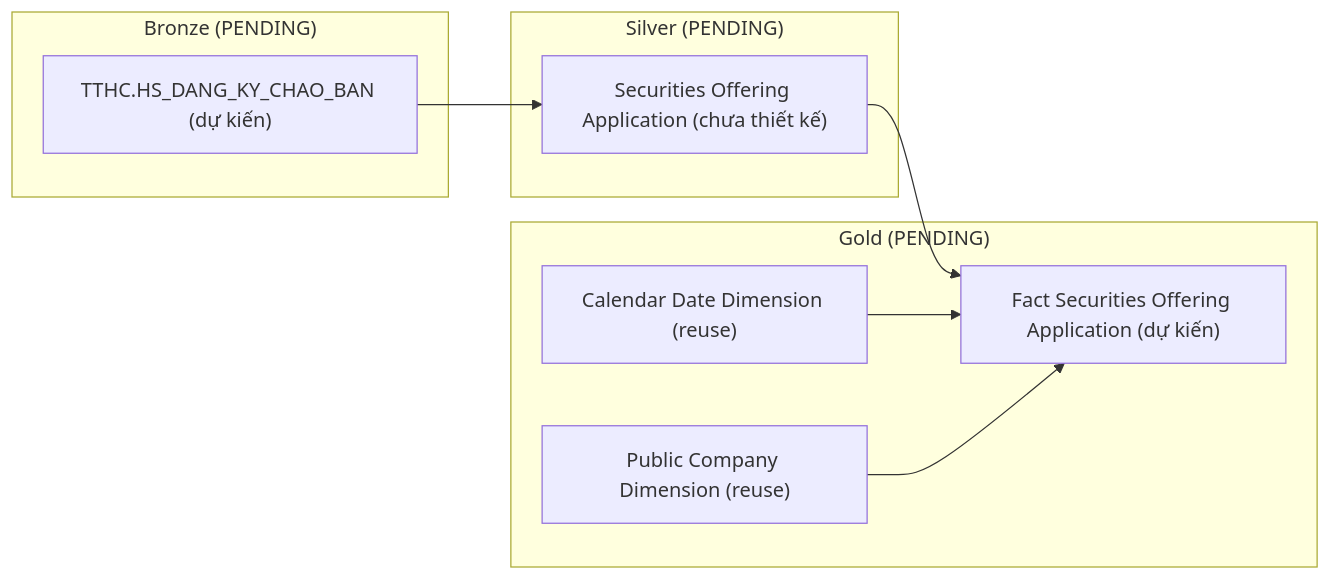
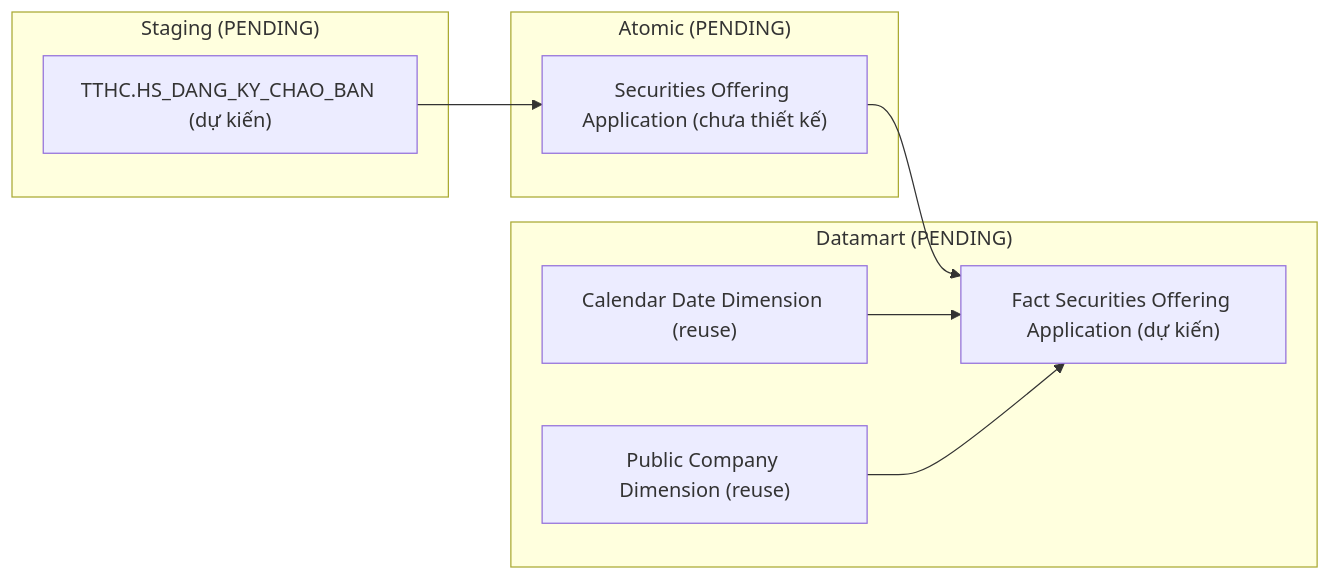
One commit to linhlvit/ubck_atomic_design changed the third of 14 diagrams in Gold/hld/GOLD_QLCB_HLD.md. Above: the diagram before and after it, drawn with Mermaid. The commit also changed other lines of this file and 8 other files, not shown here.

````diff
--- a/Gold/hld/GOLD_QLCB_HLD.md
+++ b/Gold/hld/GOLD_QLCB_HLD.md
@@ -91,22 +91,22 @@
 ```mermaid
 flowchart LR
-    subgraph SRC_TTHC["Bronze (PENDING)"]
+    subgraph SRC_TTHC["Staging (PENDING)"]
         S1["TTHC.HS_DANG_KY_CHAO_BAN (dự kiến)"]
     end
 
-    subgraph SIL["Silver (PENDING)"]
+    subgraph SIL["Atomic (PENDING)"]
         SV1["Securities Offering Application (chưa thiết kế)"]
     end
 
-    subgraph GOLD["Gold (PENDING)"]
+    subgraph GOLD["Datamart (PENDING)"]
         G1["Fact Securities Offering Application (dự kiến)"]
         G2["Calendar Date Dimension (reuse)"]
         G3["Public Company Dimension (reuse)"]
     end
 
     S1 --> SV1
 
     SV1 --> G1
     G2 --> G1
     G3 --> G1
 ```
````
